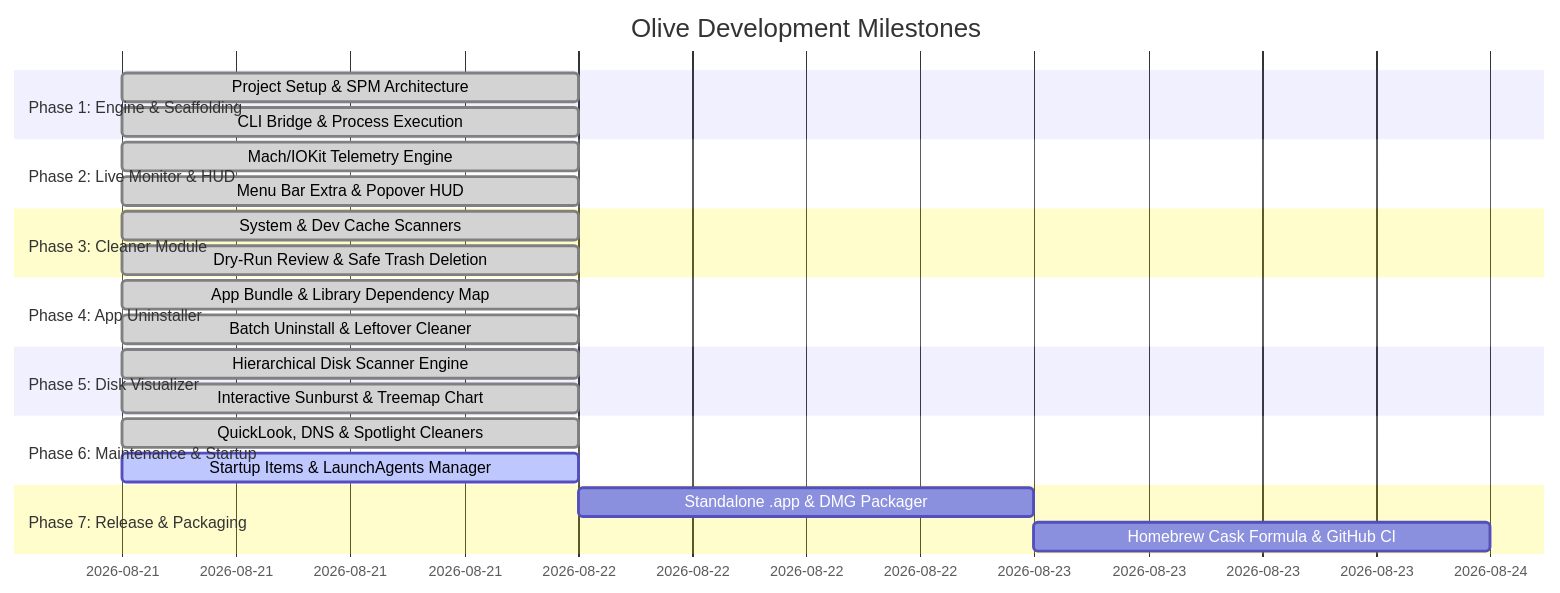
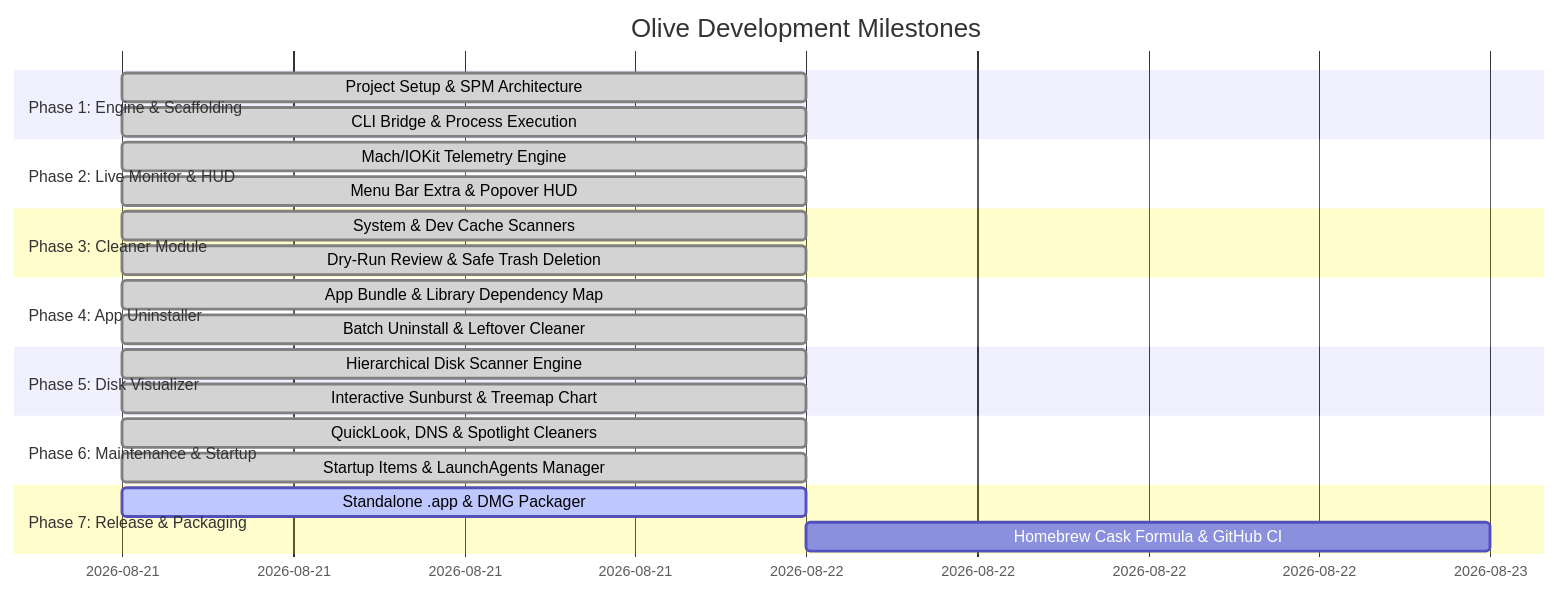
One commit to Voltster/Olive changed the diagram in ROADMAP.md. Above: the diagram before and after it, drawn with Mermaid. The commit also changed other lines of this file, not shown here.

Commit message:
Complete Milestone 6 in ROADMAP.md: Startup Items & LaunchAgents Manager

````diff
--- a/ROADMAP.md
+++ b/ROADMAP.md
@@ -8,26 +8,26 @@
 ```mermaid
 gantt
     title Olive Development Milestones
     dateFormat  YYYY-MM-DD
     section Phase 1: Engine & Scaffolding
     Project Setup & SPM Architecture     :done, p1_1, 2026-08-21, 1d
     CLI Bridge & Process Execution        :done, p1_2, 2026-08-21, 1d
     section Phase 2: Live Monitor & HUD
     Mach/IOKit Telemetry Engine          :done, p2_1, 2026-08-21, 1d
     Menu Bar Extra & Popover HUD         :done, p2_2, 2026-08-21, 1d
     section Phase 3: Cleaner Module
     System & Dev Cache Scanners          :done, p3_1, 2026-08-21, 1d
     Dry-Run Review & Safe Trash Deletion :done, p3_2, 2026-08-21, 1d
     section Phase 4: App Uninstaller
     App Bundle & Library Dependency Map  :done, p4_1, 2026-08-21, 1d
     Batch Uninstall & Leftover Cleaner   :done, p4_2, 2026-08-21, 1d
     section Phase 5: Disk Visualizer
     Hierarchical Disk Scanner Engine     :done, p5_1, 2026-08-21, 1d
     Interactive Sunburst & Treemap Chart :done, p5_2, 2026-08-21, 1d
     section Phase 6: Maintenance & Startup
     QuickLook, DNS & Spotlight Cleaners  :done, p6_1, 2026-08-21, 1d
-    Startup Items & LaunchAgents Manager :active, p6_2, 2026-08-21, 1d
+    Startup Items & LaunchAgents Manager :done, p6_2, 2026-08-21, 1d
     section Phase 7: Release & Packaging
-    Standalone .app & DMG Packager       :p7_1, after p6_2, 1d
+    Standalone .app & DMG Packager       :active, p7_1, 2026-08-21, 1d
     Homebrew Cask Formula & GitHub CI    :p7_2, after p7_1, 1d
 ```
````
